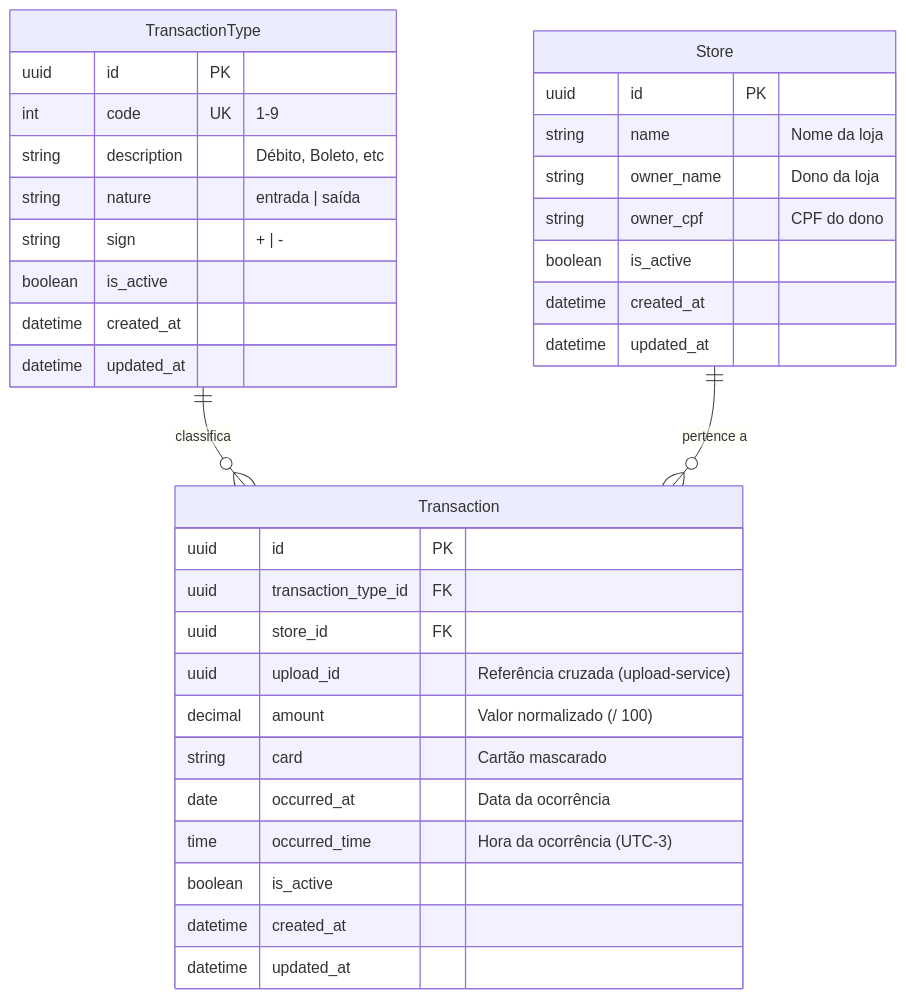
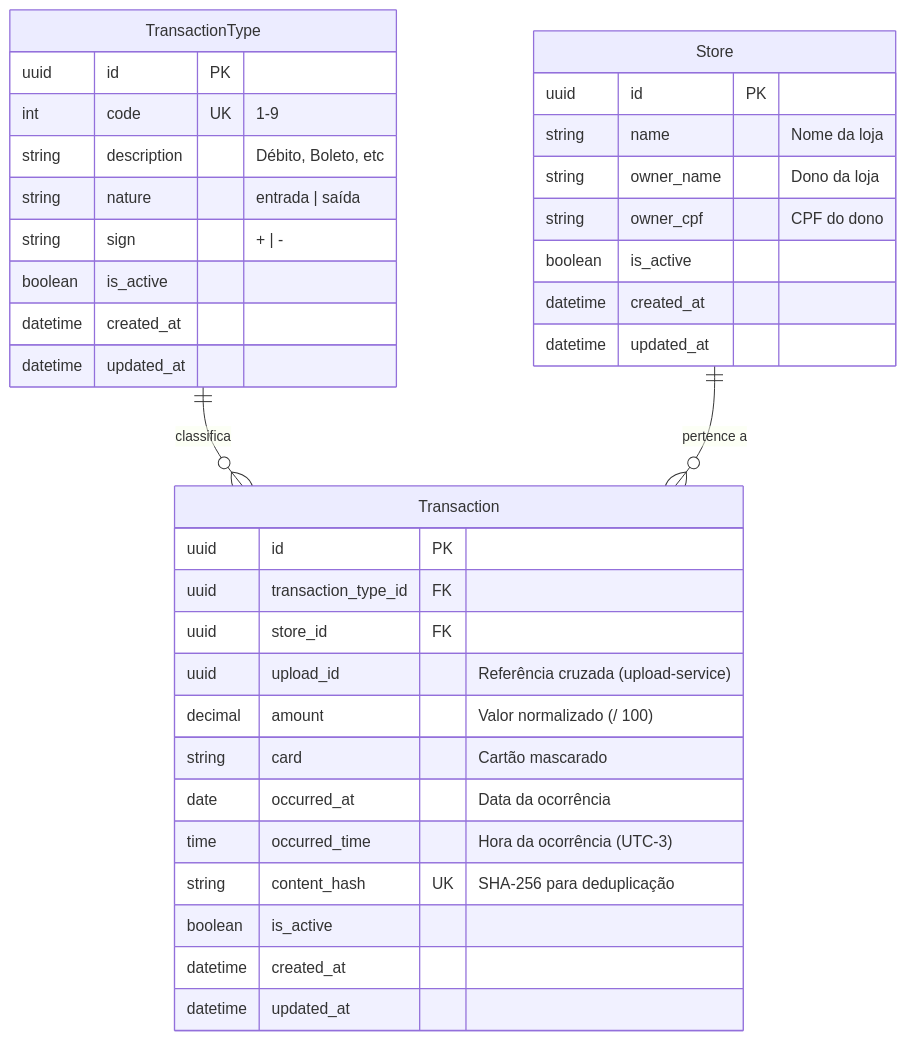
One commit to LucasBiason/desafio-dev changed the first of 3 diagrams in docs/20-design/data-model.md. Above: the diagram before and after it, drawn with Mermaid. The commit also changed other lines of this file and 6 other files, not shown here.

````diff
--- a/docs/20-design/data-model.md
+++ b/docs/20-design/data-model.md
@@ -15,40 +15,41 @@
 ```mermaid
 erDiagram
     TransactionType {
         uuid id PK
         int code UK "1-9"
         string description "Débito, Boleto, etc"
         string nature "entrada | saída"
         string sign "+ | -"
         boolean is_active
         datetime created_at
         datetime updated_at
     }
 
     Store {
         uuid id PK
         string name "Nome da loja"
         string owner_name "Dono da loja"
         string owner_cpf "CPF do dono"
         boolean is_active
         datetime created_at
         datetime updated_at
     }
 
     Transaction {
         uuid id PK
         uuid transaction_type_id FK
         uuid store_id FK
         uuid upload_id "Referência cruzada (upload-service)"
         decimal amount "Valor normalizado (/ 100)"
         string card "Cartão mascarado"
         date occurred_at "Data da ocorrência"
         time occurred_time "Hora da ocorrência (UTC-3)"
+        string content_hash UK "SHA-256 para deduplicação"
         boolean is_active
         datetime created_at
         datetime updated_at
     }
 
     TransactionType ||--o{ Transaction : "classifica"
     Store ||--o{ Transaction : "pertence a"
 ```
````
